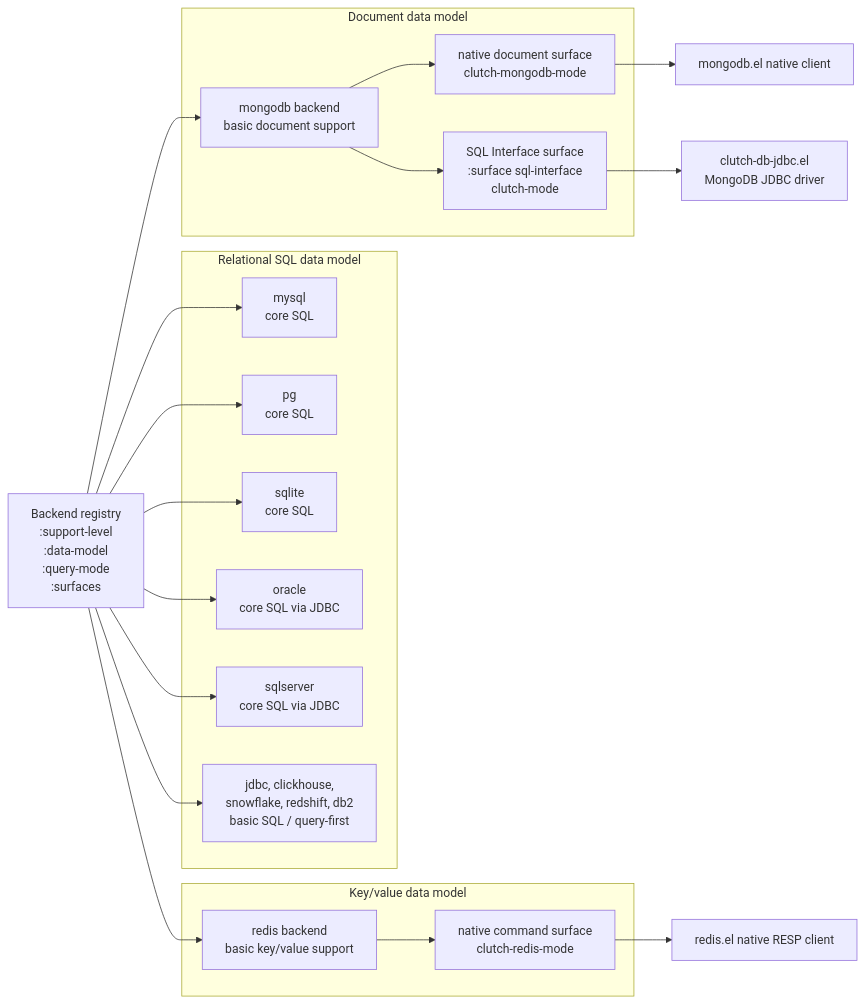
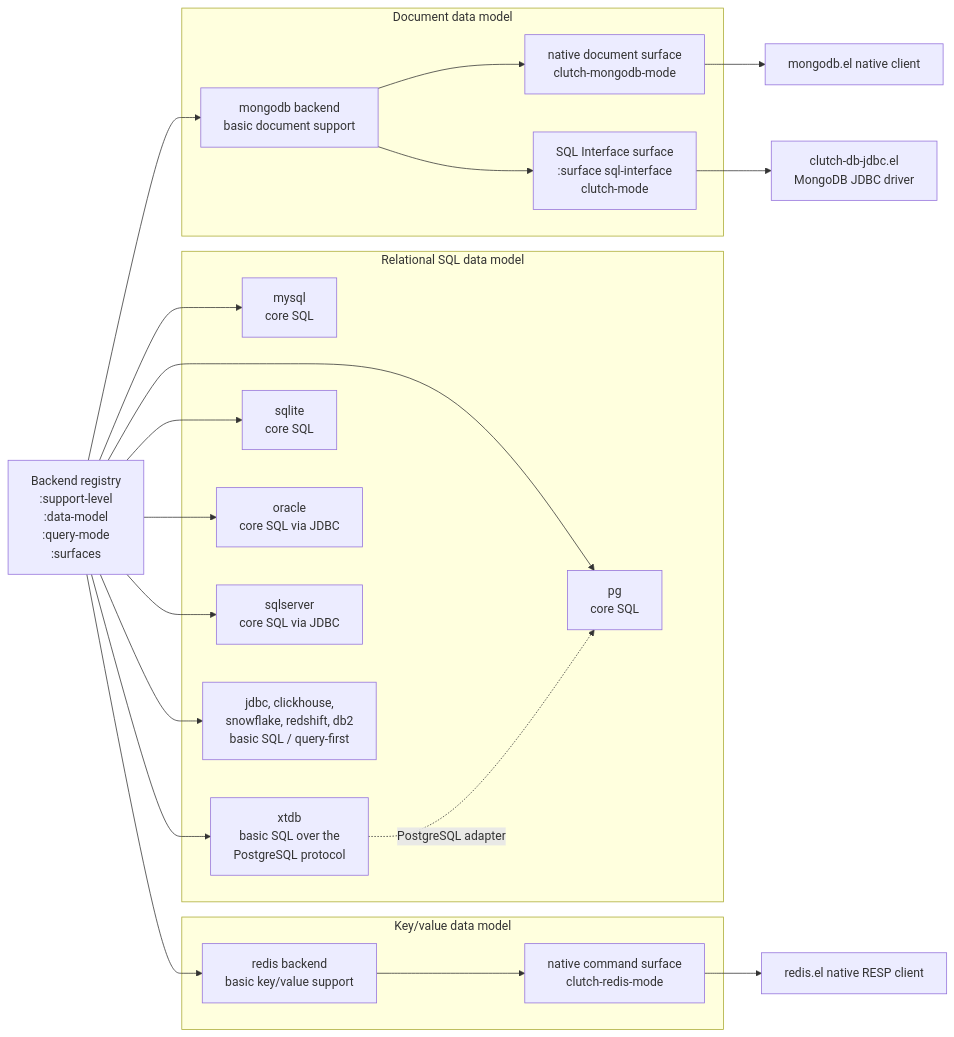
One commit to LuciusChen/clutch changed the second of 6 diagrams in docs/architecture.md. Above: the diagram before and after it, drawn with Mermaid. The commit also changed other lines of this file, not shown here.

First line of the commit message:
Bring the architecture diagrams up to date

````diff
--- a/docs/architecture.md
+++ b/docs/architecture.md
@@ -86,41 +86,45 @@
 ```mermaid
 flowchart LR
   Registry["Backend registry<br/>:support-level<br/>:data-model<br/>:query-mode<br/>:surfaces"]
 
   subgraph Relational["Relational SQL data model"]
     MySQLCore["mysql<br/>core SQL"]
     PGCore["pg<br/>core SQL"]
+    XTDBBasic["xtdb<br/>basic SQL over the<br/>PostgreSQL protocol"]
     SQLiteCore["sqlite<br/>core SQL"]
     OracleCore["oracle<br/>core SQL via JDBC"]
     SQLServerCore["sqlserver<br/>core SQL via JDBC"]
     GenericJDBC["jdbc, clickhouse,<br/>snowflake, redshift, db2<br/>basic SQL / query-first"]
   end
 
   subgraph DocumentDB["Document data model"]
     MongoBackend["mongodb backend<br/>basic document support"]
     MongoNative["native document surface<br/>clutch-mongodb-mode"]
     MongoSQL["SQL Interface surface<br/>:surface sql-interface<br/>clutch-mode"]
   end
 
   subgraph KeyValue["Key/value data model"]
     RedisBackend["redis backend<br/>basic key/value support"]
     RedisNative["native command surface<br/>clutch-redis-mode"]
   end
 
   Registry --> MySQLCore
   Registry --> PGCore
+  Registry --> XTDBBasic
   Registry --> SQLiteCore
   Registry --> OracleCore
   Registry --> SQLServerCore
   Registry --> GenericJDBC
   Registry --> MongoBackend
   Registry --> RedisBackend
+
+  XTDBBasic -.->|PostgreSQL adapter| PGCore
 
   MongoBackend --> MongoNative
   MongoBackend --> MongoSQL
   MongoNative --> MongoExt["mongodb.el native client"]
   MongoSQL --> JDBCPath["clutch-db-jdbc.el<br/>MongoDB JDBC driver"]
 
   RedisBackend --> RedisNative
   RedisNative --> RedisExt["redis.el native RESP client"]
 ```
````
